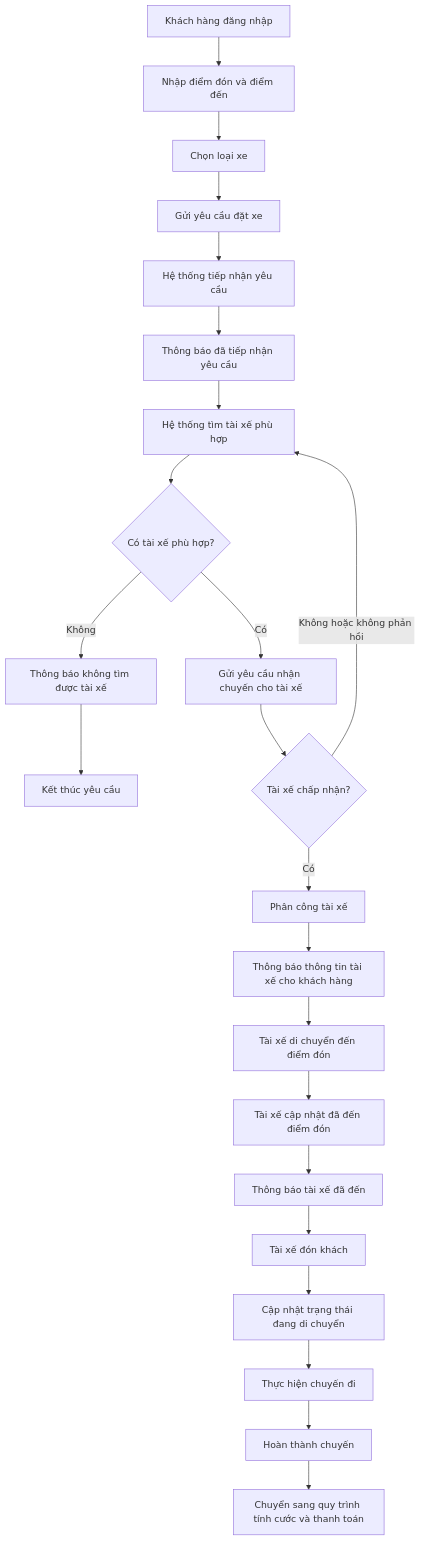
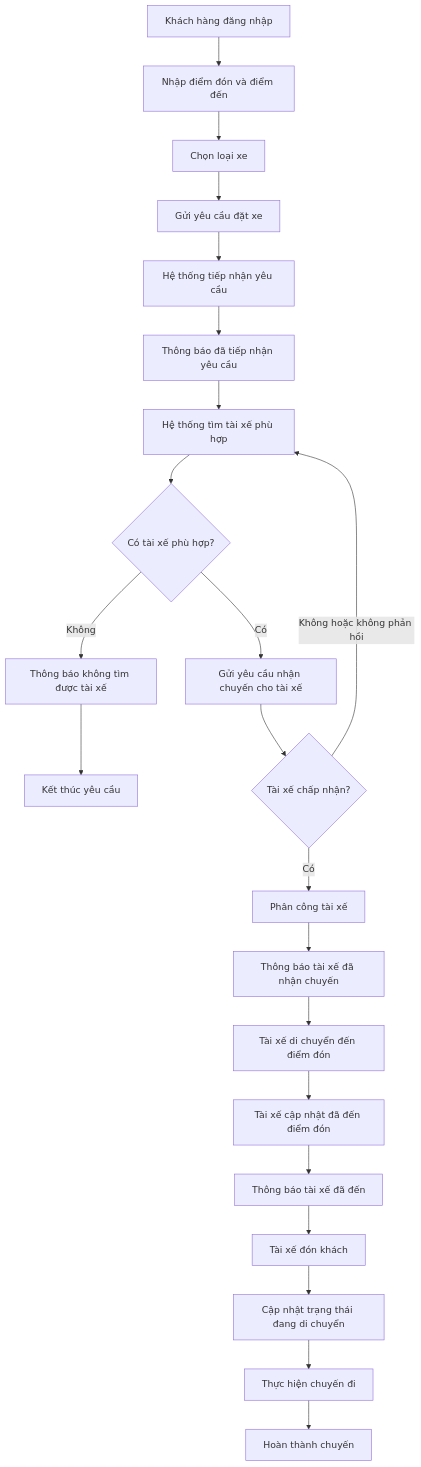
The second of 4 diagrams in srs.md (ngoclinh090608-wq/23707801_Nguyen-Thi-Ngoc-Linh_CABSYSTEM), drawn with Mermaid before and after one commit. The commit also changed other lines of this file, not shown here.

````diff
--- a/srs.md
+++ b/srs.md
@@ -145,33 +122,31 @@
 ```mermaid
 flowchart TD
     A[Khách hàng đăng nhập] --> B[Nhập điểm đón và điểm đến]
     B --> C[Chọn loại xe]
     C --> D[Gửi yêu cầu đặt xe]
 
     D --> E[Hệ thống tiếp nhận yêu cầu]
     E --> F[Thông báo đã tiếp nhận yêu cầu]
     F --> G[Hệ thống tìm tài xế phù hợp]
 
     G --> H{Có tài xế phù hợp?}
 
     H -- Không --> I[Thông báo không tìm được tài xế]
     I --> Z[Kết thúc yêu cầu]
 
     H -- Có --> J[Gửi yêu cầu nhận chuyến cho tài xế]
     J --> K{Tài xế chấp nhận?}
 
     K -- Không hoặc không phản hồi --> G
     K -- Có --> L[Phân công tài xế]
 
-    L --> M[Thông báo thông tin tài xế cho khách hàng]
+    L --> M[Thông báo tài xế đã nhận chuyến]
     M --> N[Tài xế di chuyển đến điểm đón]
     N --> O[Tài xế cập nhật đã đến điểm đón]
     O --> P[Thông báo tài xế đã đến]
 
     P --> Q[Tài xế đón khách]
     Q --> R[Cập nhật trạng thái đang di chuyển]
     R --> S[Thực hiện chuyến đi]
     S --> T[Hoàn thành chuyến]
-
-    T --> U[Chuyển sang quy trình tính cước và thanh toán]
 ```
````
